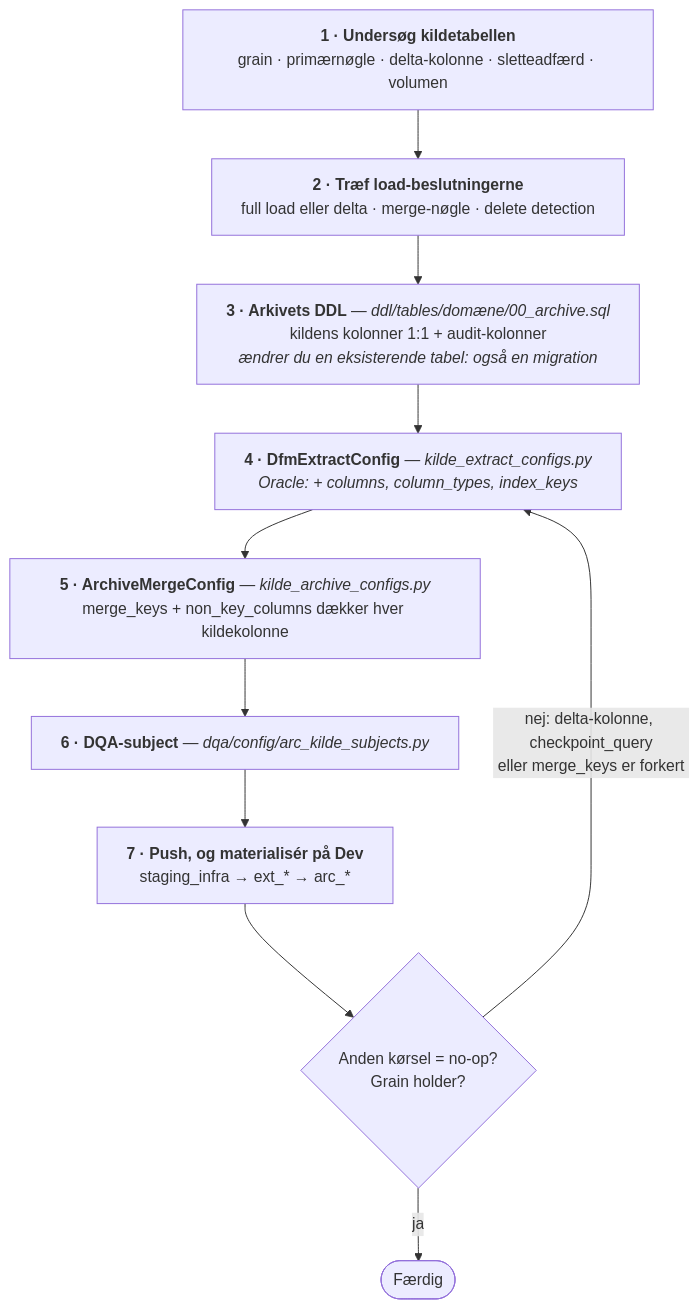
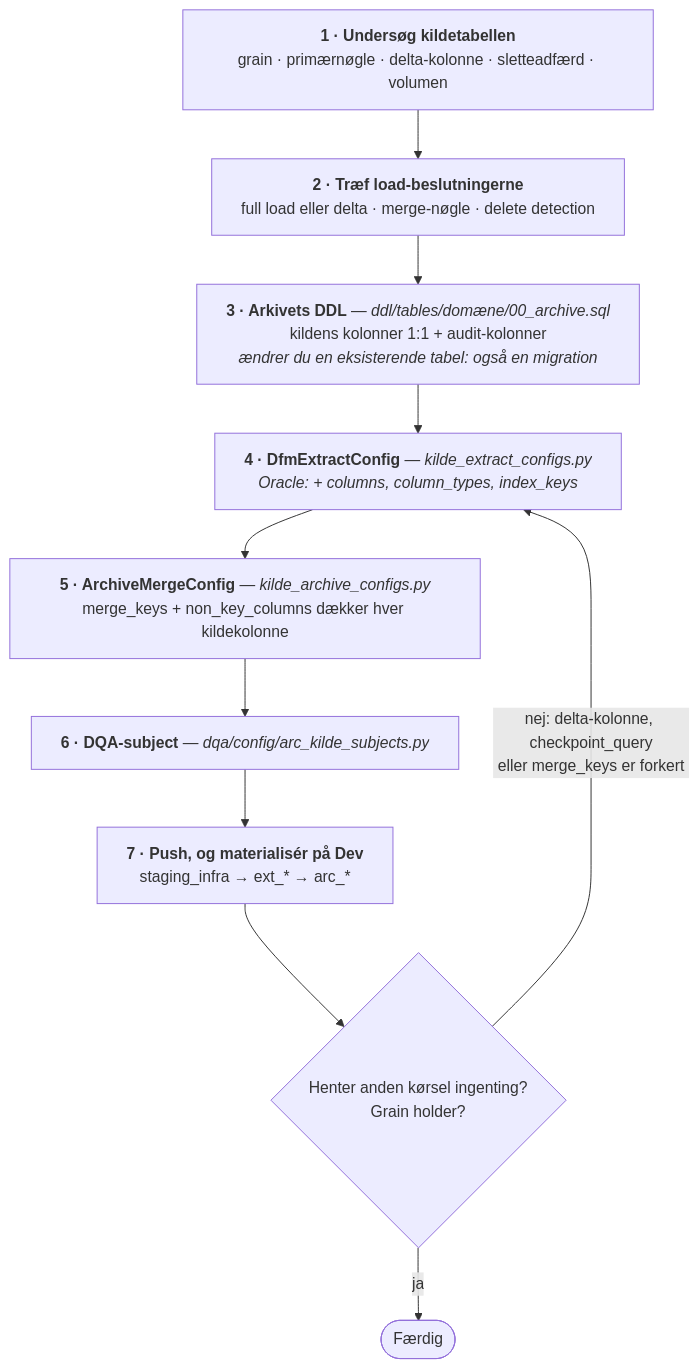
The diagram in etl/docs/basismodel/02_DSI_kilde_til_arkiv.md (enversion-journl/healthpipe), drawn with Mermaid before and after one commit. The commit also changed other lines of this file and 623 other files, not shown here.

````diff
--- a/etl/docs/basismodel/02_DSI_kilde_til_arkiv.md
+++ b/etl/docs/basismodel/02_DSI_kilde_til_arkiv.md
@@ -249,17 +259,17 @@
 ```mermaid
 %%{init: {"flowchart": {"wrappingWidth": 420}}}%%
 flowchart TD
     U["<b>1 · Undersøg kildetabellen</b><br/>grain · primærnøgle · delta-kolonne · sletteadfærd · volumen"]
     L["<b>2 · Træf load-beslutningerne</b><br/>full load eller delta · merge-nøgle · delete detection"]
     DDL["<b>3 · Arkivets DDL</b> — <i>ddl/tables/domæne/00_archive.sql</i><br/>kildens kolonner 1:1 + audit-kolonner<br/><i>ændrer du en eksisterende tabel: også en migration</i>"]
     EXT["<b>4 · DfmExtractConfig</b> — <i>kilde_extract_configs.py</i><br/><i>Oracle: + columns, column_types, index_keys</i>"]
     ARC["<b>5 · ArchiveMergeConfig</b> — <i>kilde_archive_configs.py</i><br/>merge_keys + non_key_columns dækker hver kildekolonne"]
     DQA["<b>6 · DQA-subject</b> — <i>dqa/config/arc_kilde_subjects.py</i>"]
     RUN["<b>7 · Push, og materialisér på Dev</b><br/>staging_infra → ext_* → arc_*"]
-    VER{"Anden kørsel = no-op?<br/>Grain holder?"}
+    VER{"Henter anden kørsel ingenting?<br/>Grain holder?"}
     OK(["Færdig"])
 
     U --> L --> DDL --> EXT --> ARC --> DQA --> RUN --> VER
     VER -- ja --> OK
     VER -- "nej: delta-kolonne, checkpoint_query<br/>eller merge_keys er forkert" --> EXT
 ```
````
